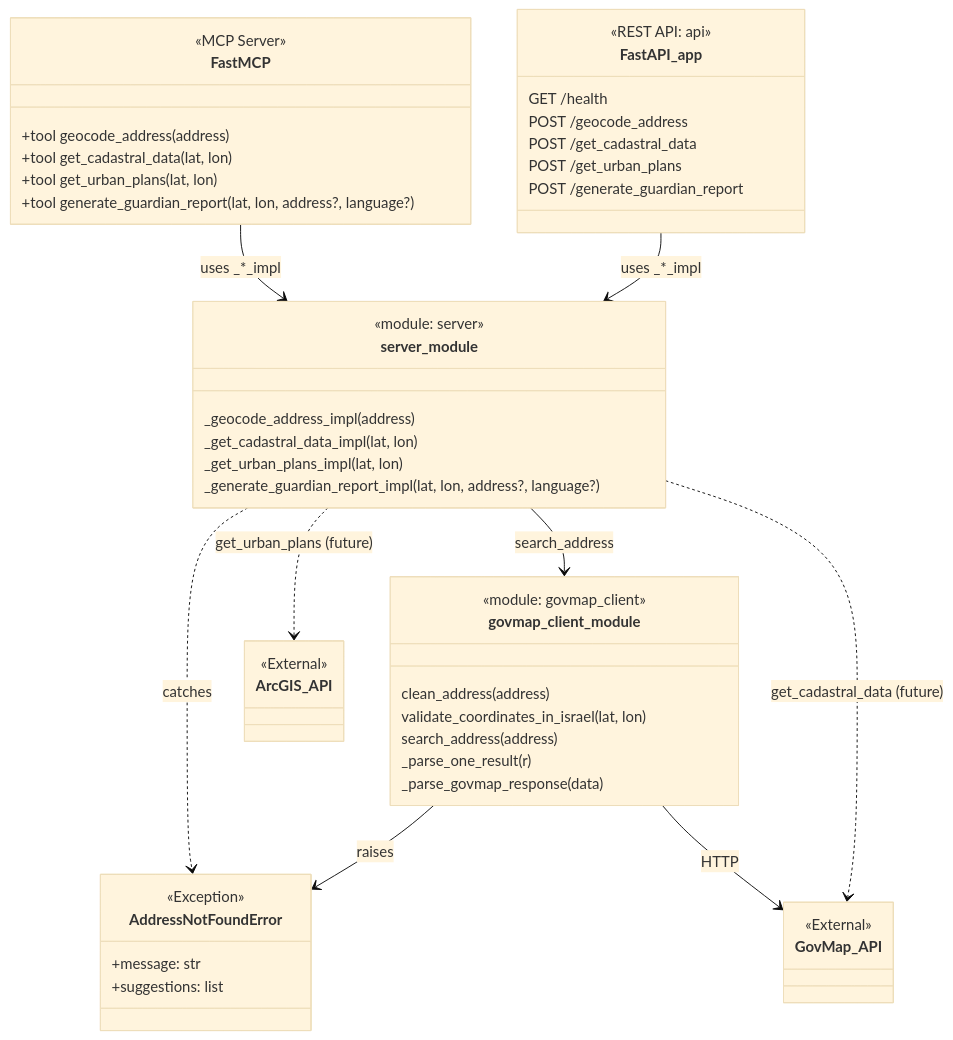
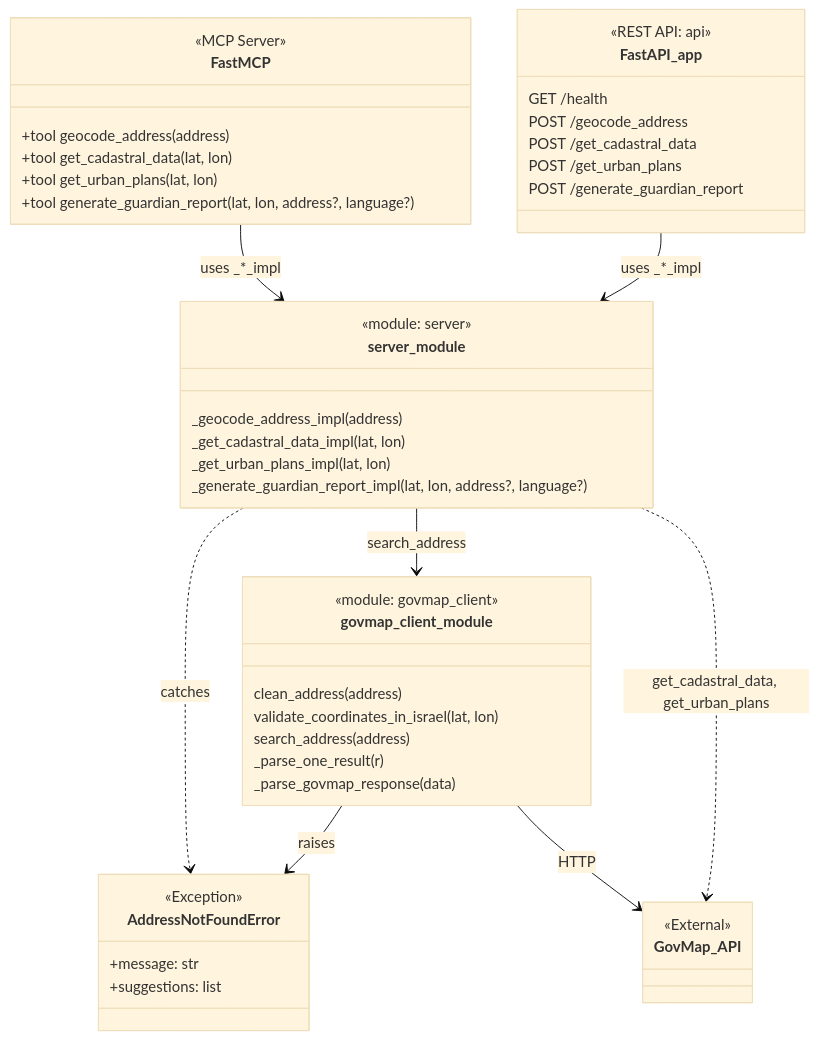
One commit to GaryShnol/urban-guardian-mcp changed the fourth of 5 diagrams in README.md. Above: the diagram before and after it, drawn with Mermaid (base theme). The commit also changed other lines of this file and 26 other files, not shown here.

Commit message:
fix(plans): use working MAVAT links instead of broken GovMap URLs

````diff
--- a/README.md
+++ b/README.md
@@ -159,56 +185,54 @@
 ```mermaid
 classDiagram
     direction TB
 
     class FastMCP {
         <<MCP Server>>
         +tool geocode_address(address)
         +tool get_cadastral_data(lat, lon)
         +tool get_urban_plans(lat, lon)
         +tool generate_guardian_report(lat, lon, address?, language?)
     }
 
     class server_module {
         <<module: server>>
         _geocode_address_impl(address)
         _get_cadastral_data_impl(lat, lon)
         _get_urban_plans_impl(lat, lon)
         _generate_guardian_report_impl(lat, lon, address?, language?)
     }
 
     class AddressNotFoundError {
         <<Exception>>
         +message: str
         +suggestions: list
     }
 
     class govmap_client_module {
         <<module: govmap_client>>
         clean_address(address)
         validate_coordinates_in_israel(lat, lon)
         search_address(address)
         _parse_one_result(r)
         _parse_govmap_response(data)
     }
 
     class FastAPI_app {
         <<REST API: api>>
         GET /health
         POST /geocode_address
         POST /get_cadastral_data
         POST /get_urban_plans
         POST /generate_guardian_report
     }
 
     class GovMap_API { <<External>> }
-    class ArcGIS_API { <<External>> }
 
     FastMCP --> server_module : uses _*_impl
     server_module --> govmap_client_module : search_address
     server_module ..> AddressNotFoundError : catches
     govmap_client_module --> AddressNotFoundError : raises
     govmap_client_module --> GovMap_API : HTTP
     FastAPI_app --> server_module : uses _*_impl
-    server_module ..> GovMap_API : get_cadastral_data (future)
-    server_module ..> ArcGIS_API : get_urban_plans (future)
+    server_module ..> GovMap_API : get_cadastral_data, get_urban_plans
 ```
````
